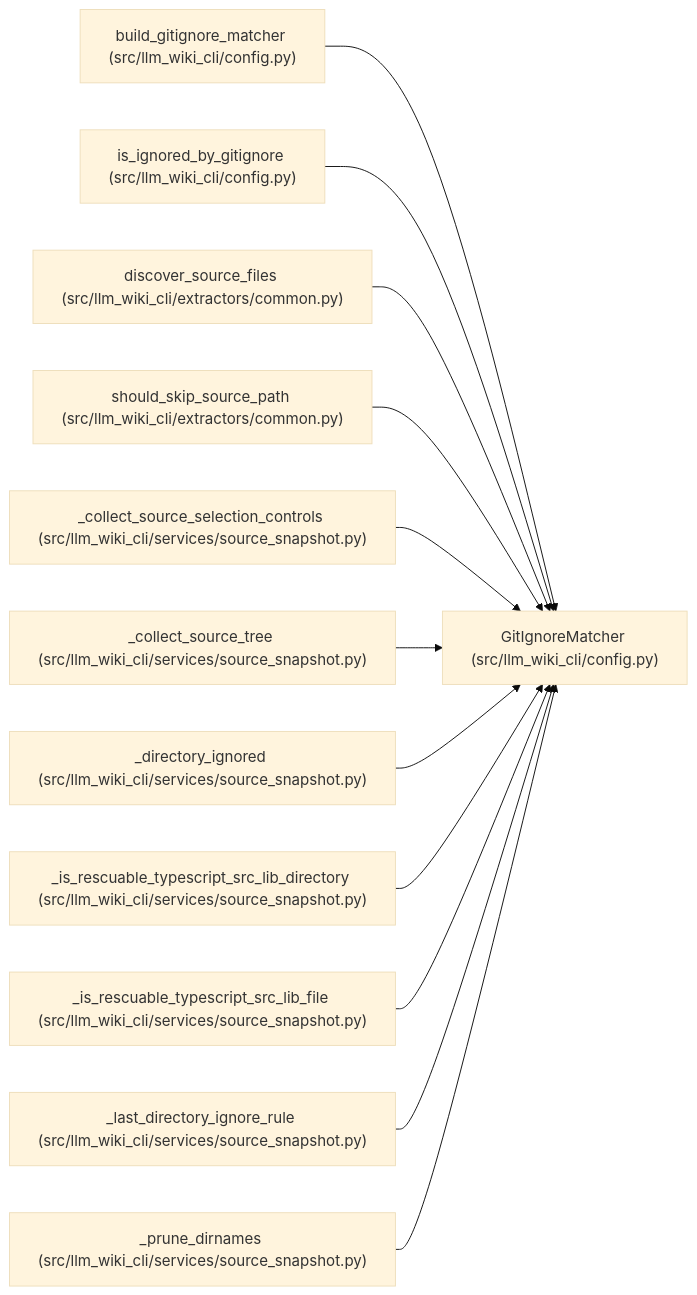
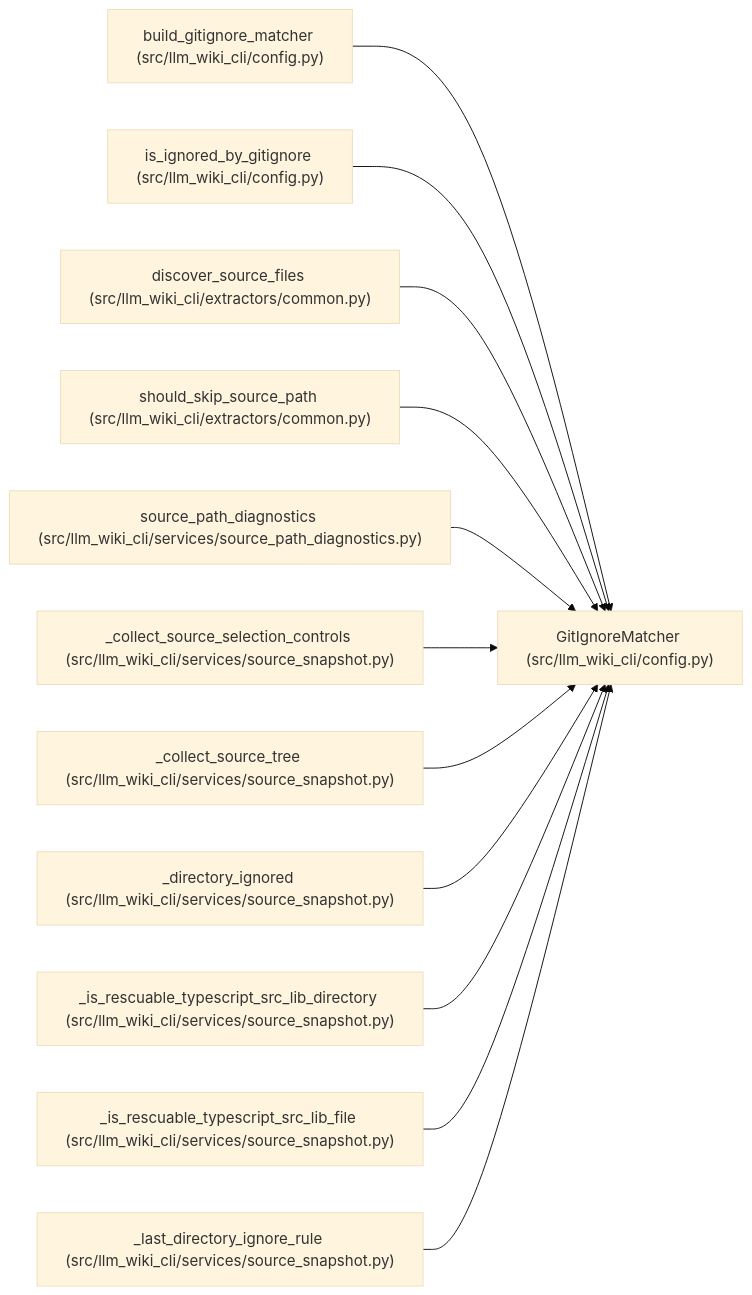
One commit to Denissvgn/python-wiki-llm changed the diagram in docs/llm_wiki/entities/GitIgnoreMatcher.md. Above: the diagram before and after it, drawn with Mermaid (base theme). The commit also changed other lines of this file and 374 other files, not shown here.

Commit message:
Support JavaScript modules and truthful path diagnostics

````diff
--- a/docs/llm_wiki/entities/GitIgnoreMatcher.md
+++ b/docs/llm_wiki/entities/GitIgnoreMatcher.md
@@ -31,38 +31,38 @@
 ```mermaid
 flowchart LR
     n0["GitIgnoreMatcher (src/llm_wiki_cli/config.py)"]
     n1["build_gitignore_matcher (src/llm_wiki_cli/config.py)"]
     n2["is_ignored_by_gitignore (src/llm_wiki_cli/config.py)"]
     n3["discover_source_files (src/llm_wiki_cli/extractors/common.py)"]
     n4["should_skip_source_path (src/llm_wiki_cli/extractors/common.py)"]
-    n5["_collect_source_selection_controls (src/llm_wiki_cli/services/source_snapshot.py)"]
-    n6["_collect_source_tree (src/llm_wiki_cli/services/source_snapshot.py)"]
-    n7["_directory_ignored (src/llm_wiki_cli/services/source_snapshot.py)"]
-    n8["_is_rescuable_typescript_src_lib_directory (src/llm_wiki_cli/services/source_snapshot.py)"]
-    n9["_is_rescuable_typescript_src_lib_file (src/llm_wiki_cli/services/source_snapshot.py)"]
-    n10["_last_directory_ignore_rule (src/llm_wiki_cli/services/source_snapshot.py)"]
-    n11["_prune_dirnames (src/llm_wiki_cli/services/source_snapshot.py)"]
+    n5["source_path_diagnostics (src/llm_wiki_cli/services/source_path_diagnostics.py)"]
+    n6["_collect_source_selection_controls (src/llm_wiki_cli/services/source_snapshot.py)"]
+    n7["_collect_source_tree (src/llm_wiki_cli/services/source_snapshot.py)"]
+    n8["_directory_ignored (src/llm_wiki_cli/services/source_snapshot.py)"]
+    n9["_is_rescuable_typescript_src_lib_directory (src/llm_wiki_cli/services/source_snapshot.py)"]
+    n10["_is_rescuable_typescript_src_lib_file (src/llm_wiki_cli/services/source_snapshot.py)"]
+    n11["_last_directory_ignore_rule (src/llm_wiki_cli/services/source_snapshot.py)"]
     n1 --> n0
     n2 --> n0
     n3 --> n0
     n4 --> n0
     n5 --> n0
     n6 --> n0
     n7 --> n0
     n8 --> n0
     n9 --> n0
     n10 --> n0
     n11 --> n0
     click n0 "../modules/config.md"
     click n1 "../modules/config.md"
     click n2 "../modules/config.md"
     click n3 "../modules/common.md"
     click n4 "../modules/common.md"
-    click n5 "../modules/source_snapshot.md"
+    click n5 "../modules/source_path_diagnostics.md"
     click n6 "../modules/source_snapshot.md"
     click n7 "../modules/source_snapshot.md"
     click n8 "../modules/source_snapshot.md"
     click n9 "../modules/source_snapshot.md"
     click n10 "../modules/source_snapshot.md"
     click n11 "../modules/source_snapshot.md"
 ```
````
